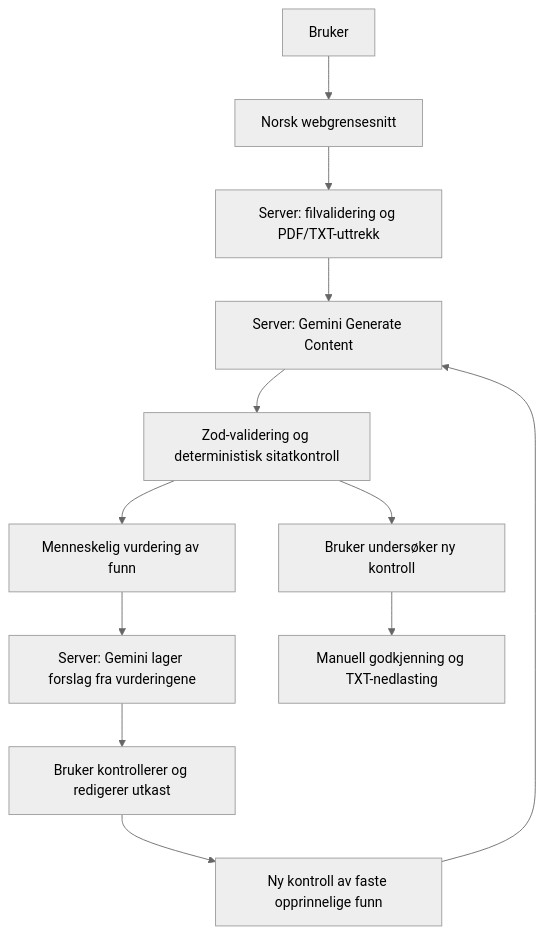
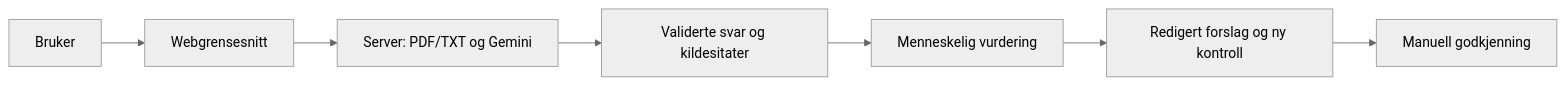
Before and after one commit to Ob1005/handover-ai: the diagram in README.md, drawn with Mermaid (neutral theme). The commit also changed other lines of this file and 29 other files, not shown here.

````diff
--- a/README.md
+++ b/README.md
@@ -73,14 +38,9 @@
 ```mermaid
-flowchart TD
-    U[Bruker] --> W[Norsk webgrensesnitt]
-    W --> P[Server: filvalidering og PDF/TXT-uttrekk]
-    P --> G[Server: Gemini Generate Content]
-    G --> V[Zod-validering og deterministisk sitatkontroll]
-    V --> H[Menneskelig vurdering av funn]
-    H --> D[Server: Gemini lager forslag fra vurderingene]
-    D --> E[Bruker kontrollerer og redigerer utkast]
-    E --> R[Ny kontroll av faste opprinnelige funn]
-    R --> G
-    V --> C[Bruker undersøker ny kontroll]
-    C --> A[Manuell godkjenning og TXT-nedlasting]
+flowchart LR
+    U[Bruker] --> W[Webgrensesnitt]
+    W --> S[Server: PDF/TXT og Gemini]
+    S --> V[Validerte svar og kildesitater]
+    V --> H[Menneskelig vurdering]
+    H --> P[Redigert forslag og ny kontroll]
+    P --> A[Manuell godkjenning]
 ```
````
